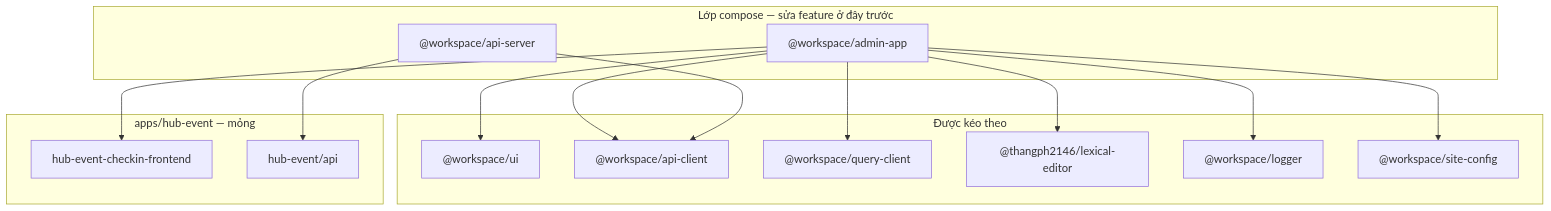
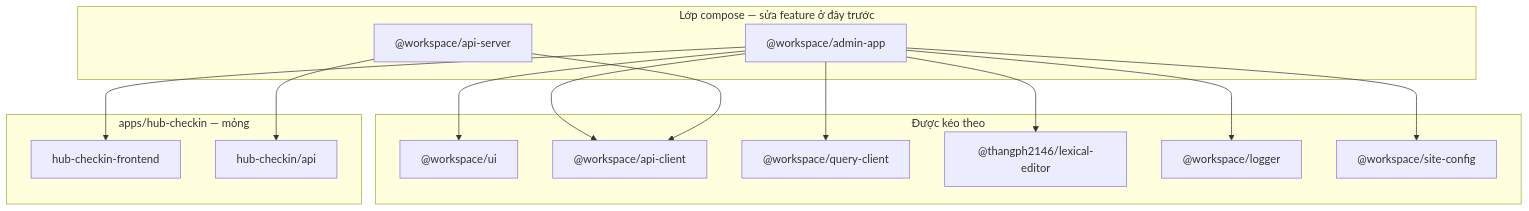
One commit to thangph2146/hub-parrent-template changed the diagram in packages/README.md. Above: the diagram before and after it, drawn with Mermaid. The commit also changed other lines of this file and 549 other files, not shown here.

````diff
--- a/packages/README.md
+++ b/packages/README.md
@@ -9,33 +9,33 @@
 ```mermaid
 flowchart TB
   subgraph compose ["Lớp compose — sửa feature ở đây trước"]
     ADM["@workspace/admin-app"]
     API["@workspace/api-server"]
   end
 
   subgraph support ["Được kéo theo"]
     UI["@workspace/ui"]
     CLI["@workspace/api-client"]
     QC["@workspace/query-client"]
     ED["@thangph2146/lexical-editor"]
     LOG["@workspace/logger"]
     CFG["@workspace/site-config"]
   end
 
   ADM --> UI
   ADM --> CLI
   ADM --> QC
   ADM --> ED
   ADM --> LOG
   ADM --> CFG
 
   API --> CLI
 
-  subgraph apps ["apps/hub-event — mỏng"]
-    FE["hub-event-checkin-frontend"]
-    AP["hub-event/api"]
+  subgraph apps ["apps/hub-checkin — mỏng"]
+    FE["hub-checkin-frontend"]
+    AP["hub-checkin/api"]
   end
 
   ADM --> FE
   API --> AP
 ```
````
